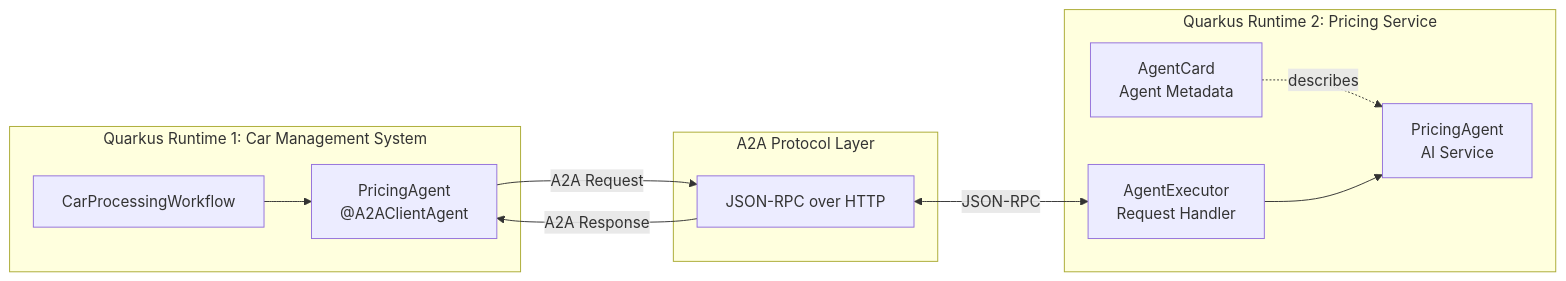
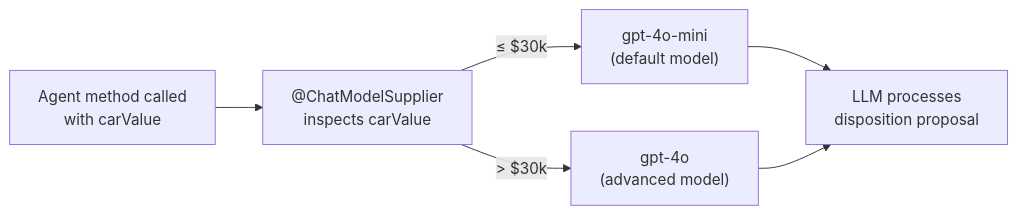
Before and after one commit to quarkusio/quarkus-workshop-langchain4j: the first of 2 diagrams in docs/docs/section-2/step-07.md, drawn with Mermaid. The commit also changed other lines of this file and 128 other files, not shown here.

Commit message:
Introduce dynamic chat model (#399)

````diff
--- a/docs/docs/section-2/step-07.md
+++ b/docs/docs/section-2/step-07.md
@@ -52,26 +42,8 @@
 ```mermaid
 graph LR
-    subgraph "Quarkus Runtime 1: Car Management System"
-        W["CarProcessingWorkflow"]
-        PA["PricingAgent<br/>@A2AClientAgent"]
-        W --> PA
-    end
-
-    subgraph "A2A Protocol Layer"
-        AP["JSON-RPC over HTTP"]
-    end
-
-    subgraph "Quarkus Runtime 2: Pricing Service"
-        AC["AgentCard<br/>Agent Metadata"]
-        AE["AgentExecutor<br/>Request Handler"]
-        PAI["PricingAgent<br/>AI Service"]
-
-        AC -.describes.-> PAI
-        AE --> PAI
-    end
-
-    PA -->|"A2A Request"| AP
-    AP -->|"A2A Response"| PA
-    AP <-->|"JSON-RPC"| AE
-
+    Call["Agent method called<br/>with carValue"] --> Supplier["@ChatModelSupplier<br/>inspects carValue"]
+    Supplier -->|"≤ $30k"| Base["gpt-4o-mini<br/>(default model)"]
+    Supplier -->|"> $30k"| Advanced["gpt-4o<br/>(advanced model)"]
+    Base --> LLM["LLM processes<br/>disposition proposal"]
+    Advanced --> LLM
 ```
````
